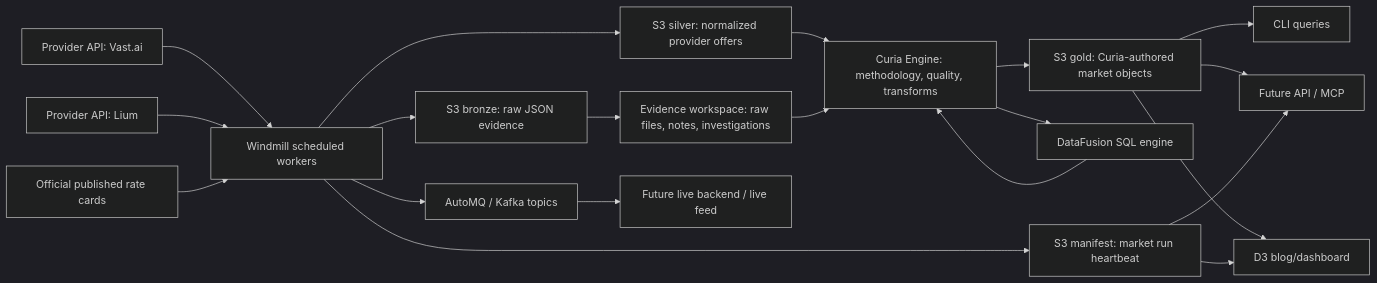
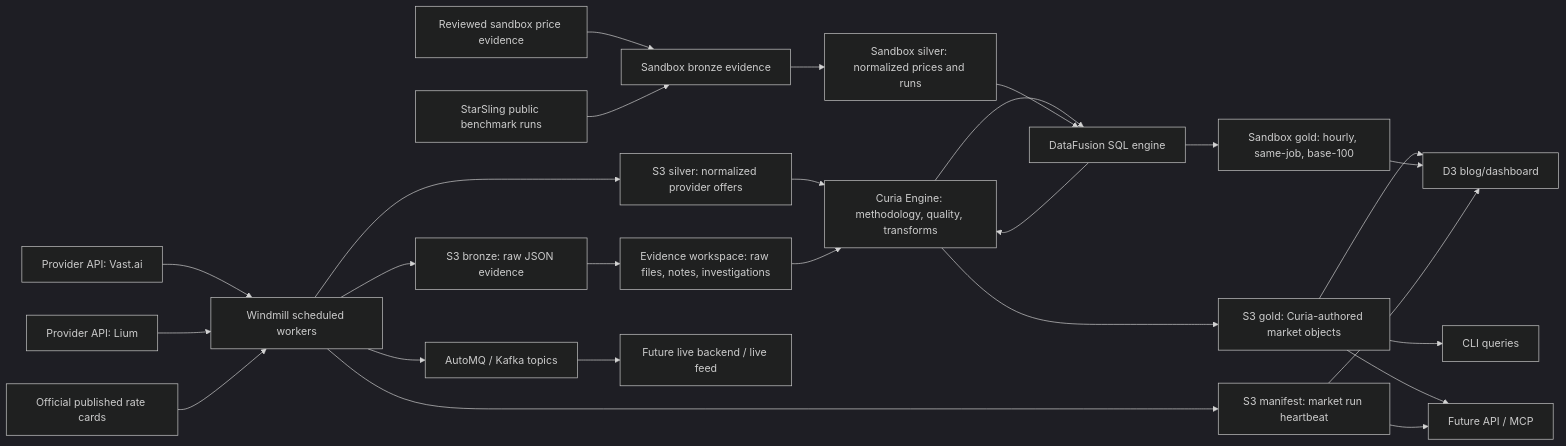
The diagram in docs/architecture.md (gustofied/the-compute-bazaar), drawn with Mermaid (dark theme) before and after one commit. The commit also changed other lines of this file and 21 other files, not shown here.

Commit message:
Add recurring sandbox cost benchmark

````diff
--- a/docs/architecture.md
+++ b/docs/architecture.md
@@ -7,25 +7,31 @@
 ```mermaid
 flowchart LR
   Vast["Provider API: Vast.ai"] --> Windmill["Windmill scheduled workers"]
   Lium["Provider API: Lium"] --> Windmill
   Rates["Official published rate cards"] --> Windmill
+  SandboxRates["Reviewed sandbox price evidence"] --> SandboxBronze["Sandbox bronze evidence"]
+  StarSling["StarSling public benchmark runs"] --> SandboxBronze
 
   Windmill --> AutoMQ["AutoMQ / Kafka topics"]
   Windmill --> Bronze["S3 bronze: raw JSON evidence"]
   Windmill --> Silver["S3 silver: normalized provider offers"]
   Windmill --> MarketRun["S3 manifest: market run heartbeat"]
 
   Silver --> Curia["Curia Engine: methodology, quality, transforms"]
   Curia --> DataFusion["DataFusion SQL engine"]
   DataFusion --> Curia
   Curia --> Gold["S3 gold: Curia-authored market objects"]
+  SandboxBronze --> SandboxSilver["Sandbox silver: normalized prices and runs"]
+  SandboxSilver --> DataFusion
+  DataFusion --> SandboxGold["Sandbox gold: hourly, same-job, base-100"]
   Bronze --> Workspace["Evidence workspace: raw files, notes, investigations"]
   Workspace --> Curia
 
   Gold --> CLI["CLI queries"]
   Gold --> API["Future API / MCP"]
   Gold --> Dashboard["D3 blog/dashboard"]
+  SandboxGold --> Dashboard
   MarketRun --> Dashboard
   MarketRun --> API
   AutoMQ --> Live["Future live backend / live feed"]
 ```
````
